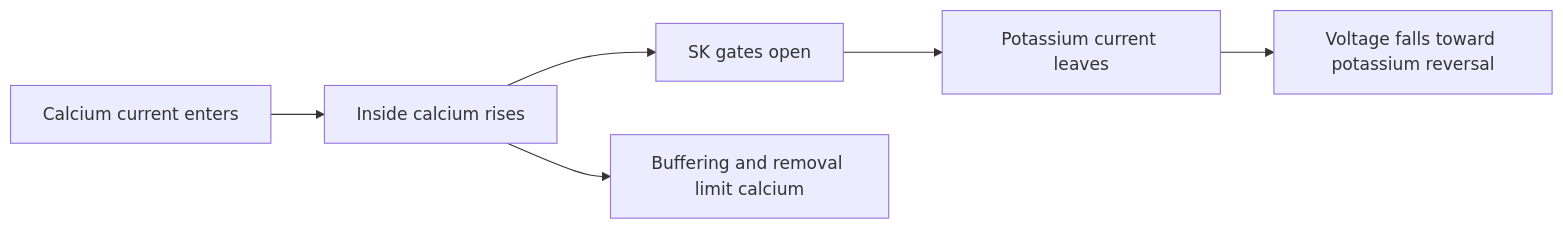
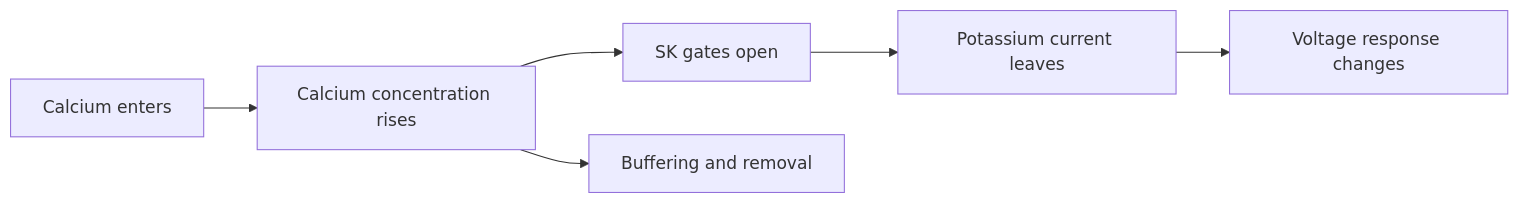
The second of 2 diagrams in docs/h01-causal-model.md (mithridatic/braintrace), drawn with Mermaid before and after one commit. The commit also changed other lines of this file and 69 other files, not shown here.

````diff
--- a/docs/h01-causal-model.md
+++ b/docs/h01-causal-model.md
@@ -153,8 +185,8 @@
 ```mermaid
 flowchart LR
-    A[Calcium current enters] --> B[Inside calcium rises]
-    B --> C[SK gates open]
-    C --> D[Potassium current leaves]
-    D --> E[Voltage falls toward potassium reversal]
-    B --> F[Buffering and removal limit calcium]
+    Ca[Calcium enters] --> Pool[Calcium concentration rises]
+    Pool --> SK[SK gates open]
+    SK --> K[Potassium current leaves]
+    K --> V[Voltage response changes]
+    Pool --> Removal[Buffering and removal]
 ```
````
